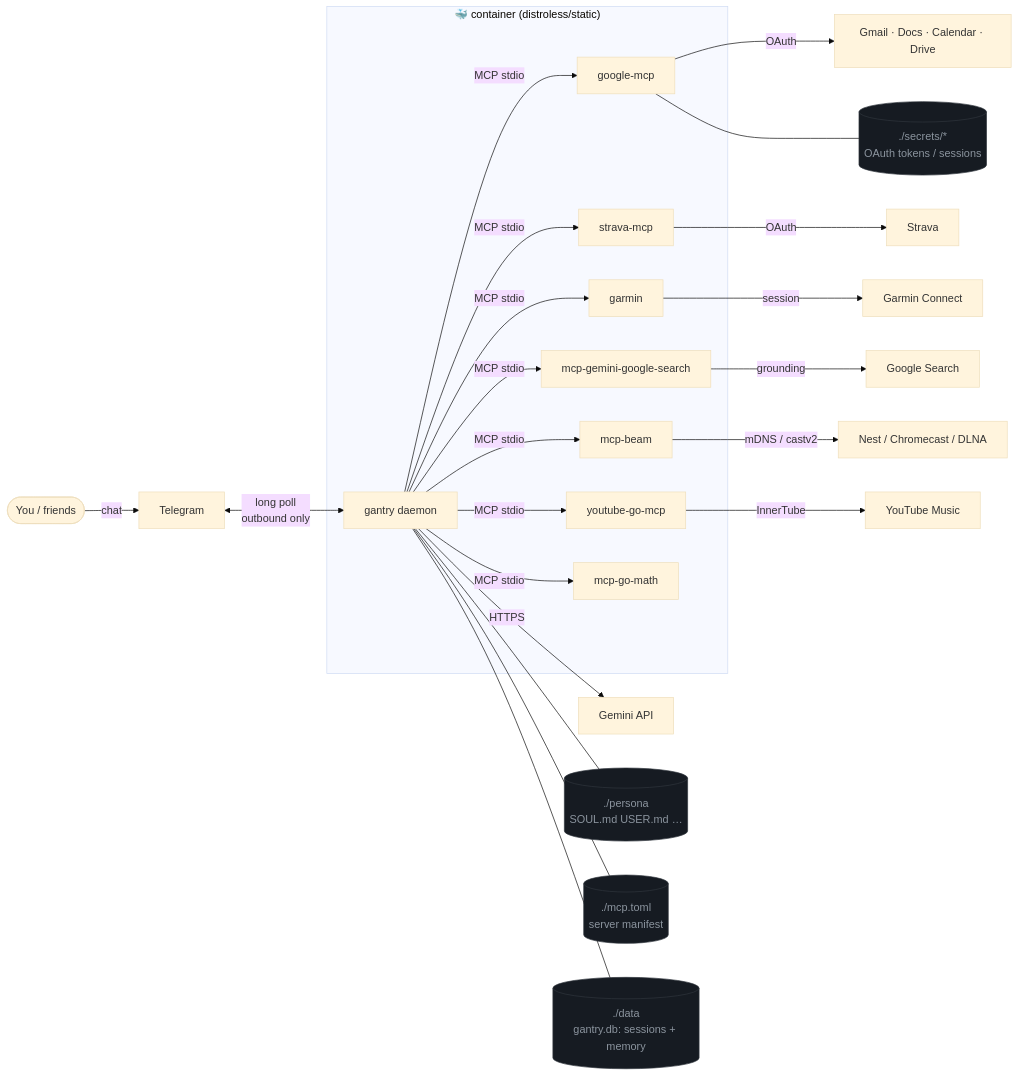
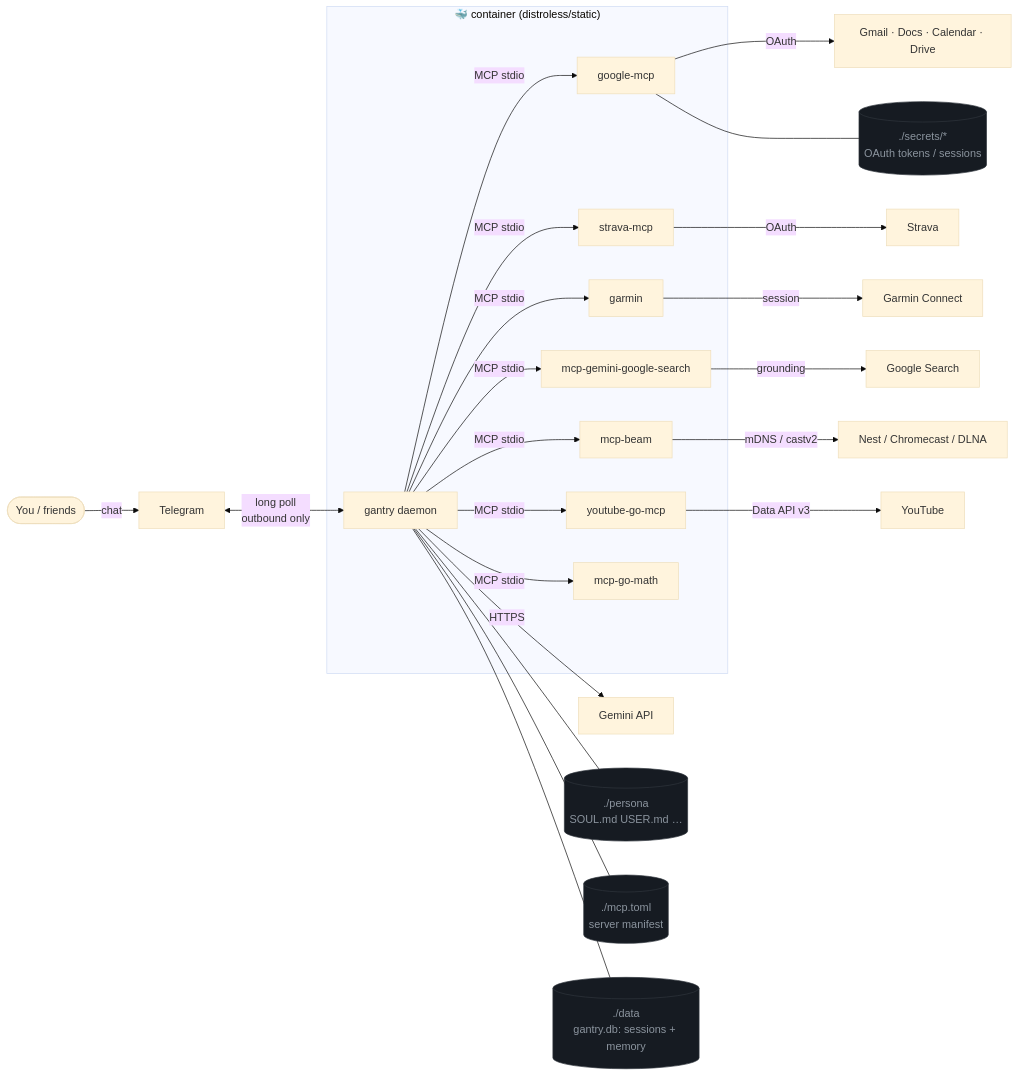
One commit to shotah/ai-gantry changed the first of 4 diagrams in local-agent/README.md. Above: the diagram before and after it, drawn with Mermaid (base theme). The commit also changed other lines of this file and 36 other files, not shown here.

````diff
--- a/local-agent/README.md
+++ b/local-agent/README.md
@@ -57,39 +57,39 @@
 ```mermaid
 flowchart LR
   You([You / friends]) -->|chat| TG[Telegram]
   TG <-->|long poll<br/>outbound only| GN
 
   subgraph Host["🐳 container (distroless/static)"]
     GN[gantry daemon]
     GW[google-mcp]
     SM[strava-mcp]
     GM[garmin]
     GS[mcp-gemini-google-search]
     CM[mcp-beam]
     YM[youtube-go-mcp]
     MM[mcp-go-math]
     GN -->|MCP stdio| GW
     GN -->|MCP stdio| SM
     GN -->|MCP stdio| GM
     GN -->|MCP stdio| GS
     GN -->|MCP stdio| CM
     GN -->|MCP stdio| YM
     GN -->|MCP stdio| MM
   end
 
   GN -->|HTTPS| GEM[Gemini API]
   GW -->|OAuth| GWS[Gmail · Docs · Calendar · Drive]
   SM -->|OAuth| STV[Strava]
   GM -->|session| GC[Garmin Connect]
   GS -->|grounding| GGL[Google Search]
   CM -->|mDNS / castv2| CAST[Nest / Chromecast / DLNA]
-  YM -->|InnerTube| YTM[YouTube Music]
+  YM -->|Data API v3| YT[YouTube]
 
   GN --- P[("./persona<br/>SOUL.md USER.md …")]
   GN --- M[("./mcp.toml<br/>server manifest")]
   GN --- DATA[("./data<br/>gantry.db: sessions + memory")]
   GW --- SEC[("./secrets/*<br/>OAuth tokens / sessions")]
 
   classDef store fill:#161b22,stroke:#30363d,color:#8b949e;
   class P,M,DATA,SEC store;
 ```
````
